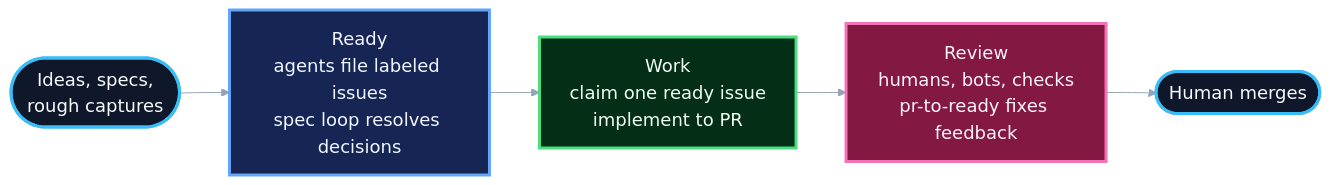
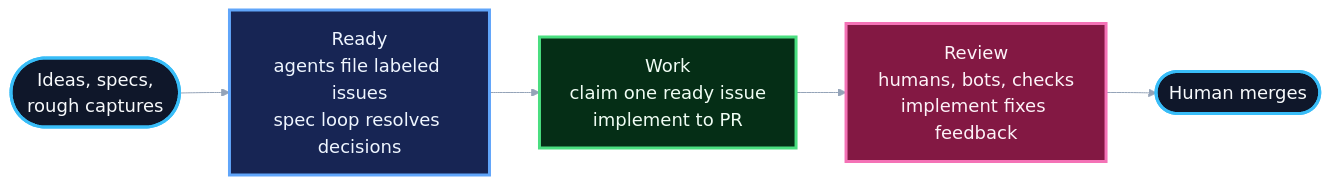
The second of 2 diagrams in README.md (owainlewis/blueprint), drawn with Mermaid before and after one commit. The commit also changed other lines of this file and 6 other files, not shown here.

Commit message:
feat(skills): fold PR feedback into implement (#33)

````diff
--- a/README.md
+++ b/README.md
@@ -95,21 +90,21 @@
 ```mermaid
 %%{init: {"theme": "base", "themeVariables": {"fontFamily": "Inter, ui-sans-serif, system-ui", "fontSize": "18px", "primaryTextColor": "#f8fafc", "tertiaryTextColor": "#f8fafc", "lineColor": "#94a3b8", "edgeLabelBackground": "#020617"}}}%%
 flowchart LR
     Ideas([Ideas, specs,<br/>rough captures])
     Ready["Ready<br/>agents file labeled issues<br/>spec loop resolves decisions"]
     Work["Work<br/>claim one ready issue<br/>implement to PR"]
-    Review["Review<br/>humans, bots, checks<br/>pr-to-ready fixes feedback"]
+    Review["Review<br/>humans, bots, checks<br/>implement fixes feedback"]
     Merge([Human merges])
 
     Ideas --> Ready --> Work --> Review --> Merge
 
     classDef start fill:#0f172a,stroke:#38bdf8,stroke-width:3px,color:#f8fafc,font-size:18px;
     classDef ready fill:#172554,stroke:#60a5fa,stroke-width:3px,color:#eff6ff,font-size:18px;
     classDef work fill:#052e16,stroke:#4ade80,stroke-width:3px,color:#f0fdf4,font-size:18px;
     classDef review fill:#831843,stroke:#f472b6,stroke-width:3px,color:#fdf2f8,font-size:18px;
 
     class Ideas,Merge start;
     class Ready ready;
     class Work work;
     class Review review;
 ```
````
